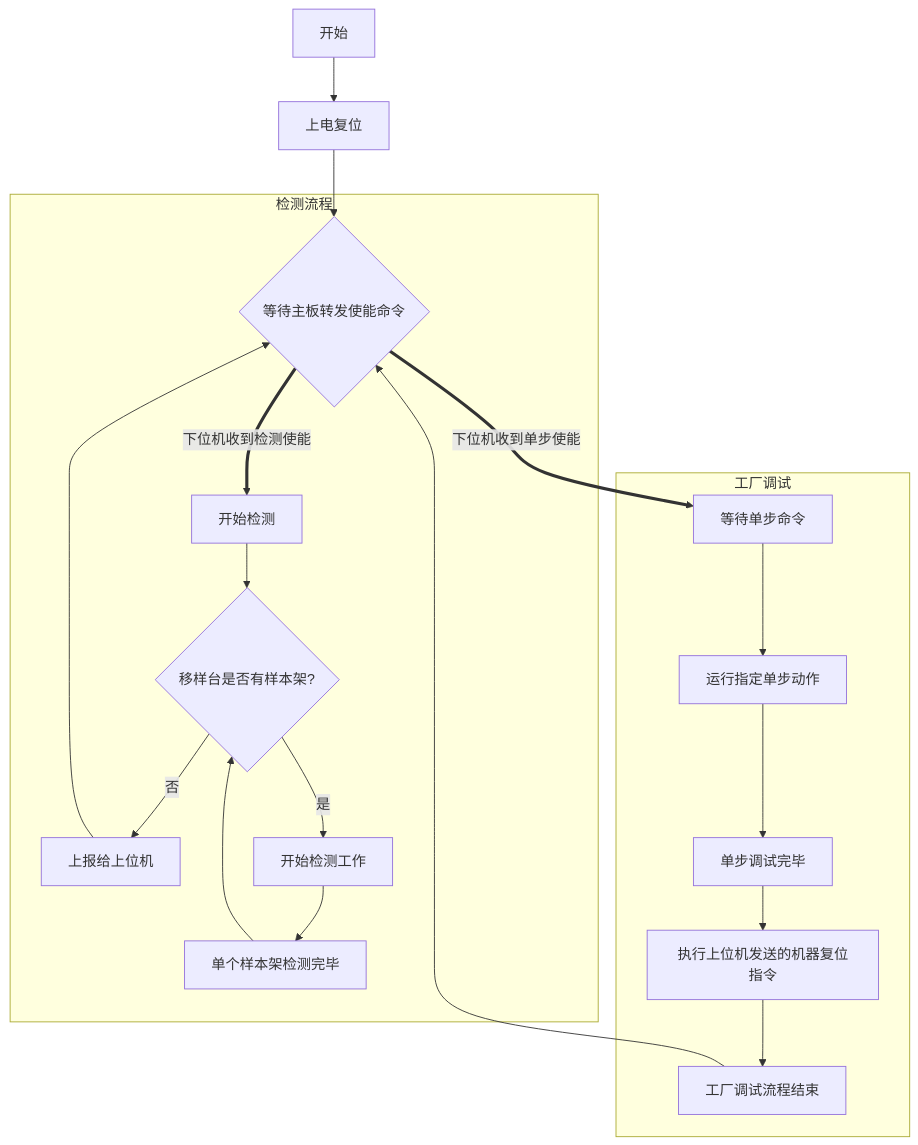
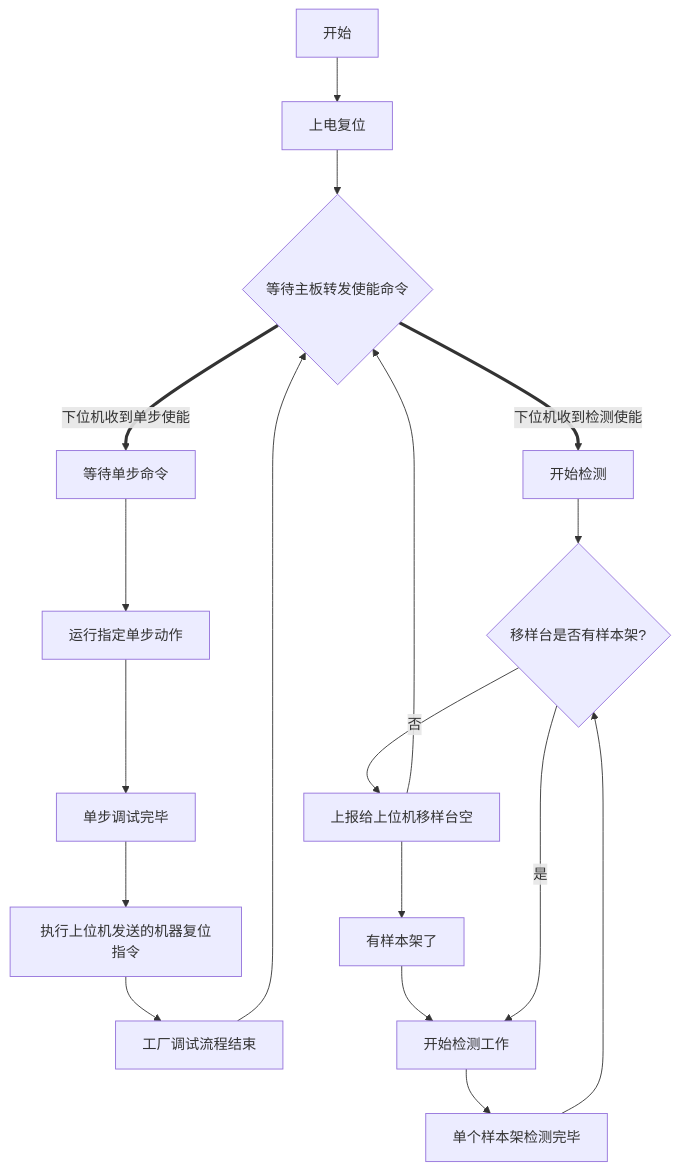
The first of 3 diagrams in 移送样模块.md (darwinstudio/test), drawn with Mermaid before and after one commit. The commit also changed other lines of this file, not shown here.

```diff
--- a/移送样模块.md
+++ b/移送样模块.md
@@ -96,17 +95,18 @@
 ~~~mermaid
 graph TD
 开始-->上电复位-->waitcmd{等待主板转发使能命令};
 waitcmd==下位机收到单步使能==>waitsingle[等待单步命令];
 
-subgraph 工厂调试
+
 waitsingle-->运行指定单步动作-->单步调试完毕-->执行上位机发送的机器复位指令-->工厂调试流程结束;
-end
+
 工厂调试流程结束-->waitcmd;
 waitcmd==下位机收到检测使能==>startcheck[开始检测];
 
-subgraph 检测流程
+
 startcheck-->isrude?{移样台是否有样本架?};
-isrude?--否-->上报给上位机-->waitcmd;
+isrude?--否-->上报给上位机移样台空-->有样本架了-->开始检测工作;
+上报给上位机移样台空-->waitcmd;
 isrude?--是-->开始检测工作-->单个样本架检测完毕-->isrude?;
-end
+
 ~~~
```
